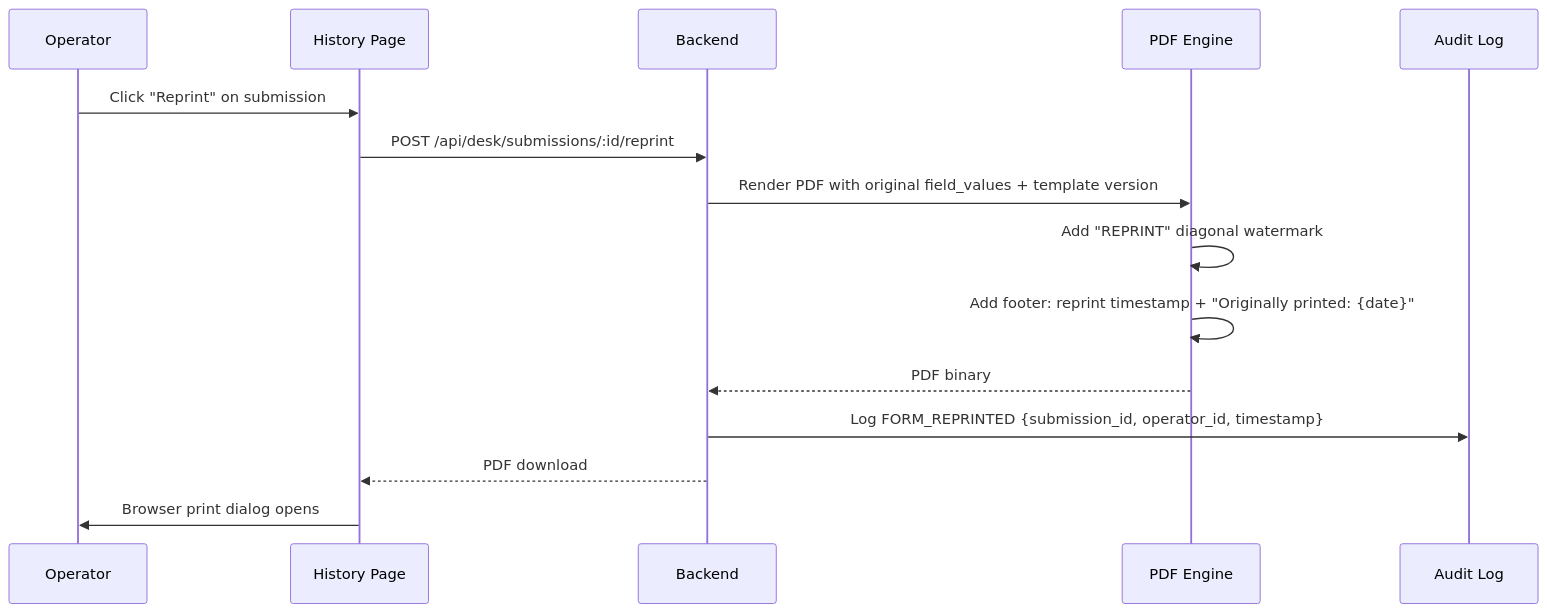
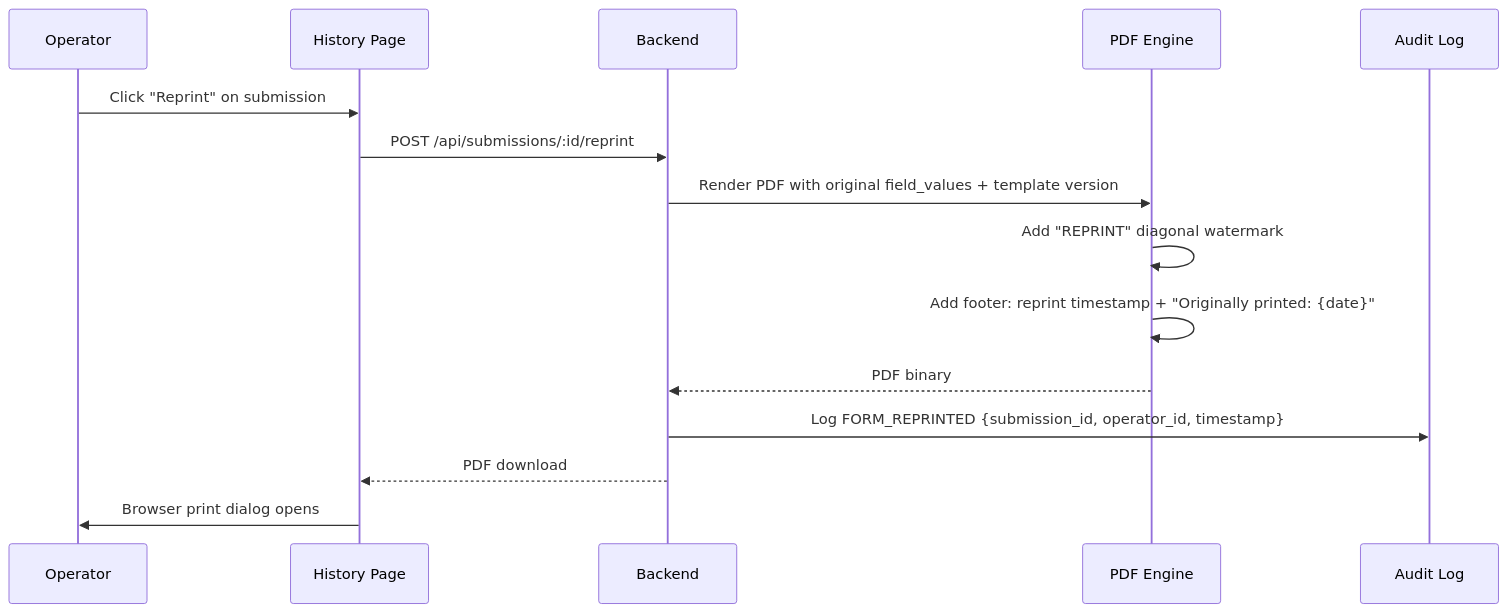
Before and after one commit to YasserHosny/FormCraft: the second of 2 diagrams in docs/flows/f18-submission-history.md, drawn with Mermaid. The commit also changed other lines of this file and 7 other files, not shown here.

First line of the commit message:
fix: register missing routers, fix desk module compilation, and correct flow doc paths

````diff
--- a/docs/flows/f18-submission-history.md
+++ b/docs/flows/f18-submission-history.md
@@ -54,18 +54,18 @@
 ```mermaid
 sequenceDiagram
     participant Op as Operator
     participant FE as History Page
     participant API as Backend
     participant PDF as PDF Engine
     participant Audit as Audit Log
 
     Op->>FE: Click "Reprint" on submission
-    FE->>API: POST /api/desk/submissions/:id/reprint
+    FE->>API: POST /api/submissions/:id/reprint
     API->>PDF: Render PDF with original field_values + template version
     PDF->>PDF: Add "REPRINT" diagonal watermark
     PDF->>PDF: Add footer: reprint timestamp + "Originally printed: {date}"
     PDF-->>API: PDF binary
     API->>Audit: Log FORM_REPRINTED {submission_id, operator_id, timestamp}
     API-->>FE: PDF download
     FE->>Op: Browser print dialog opens
 ```
````
